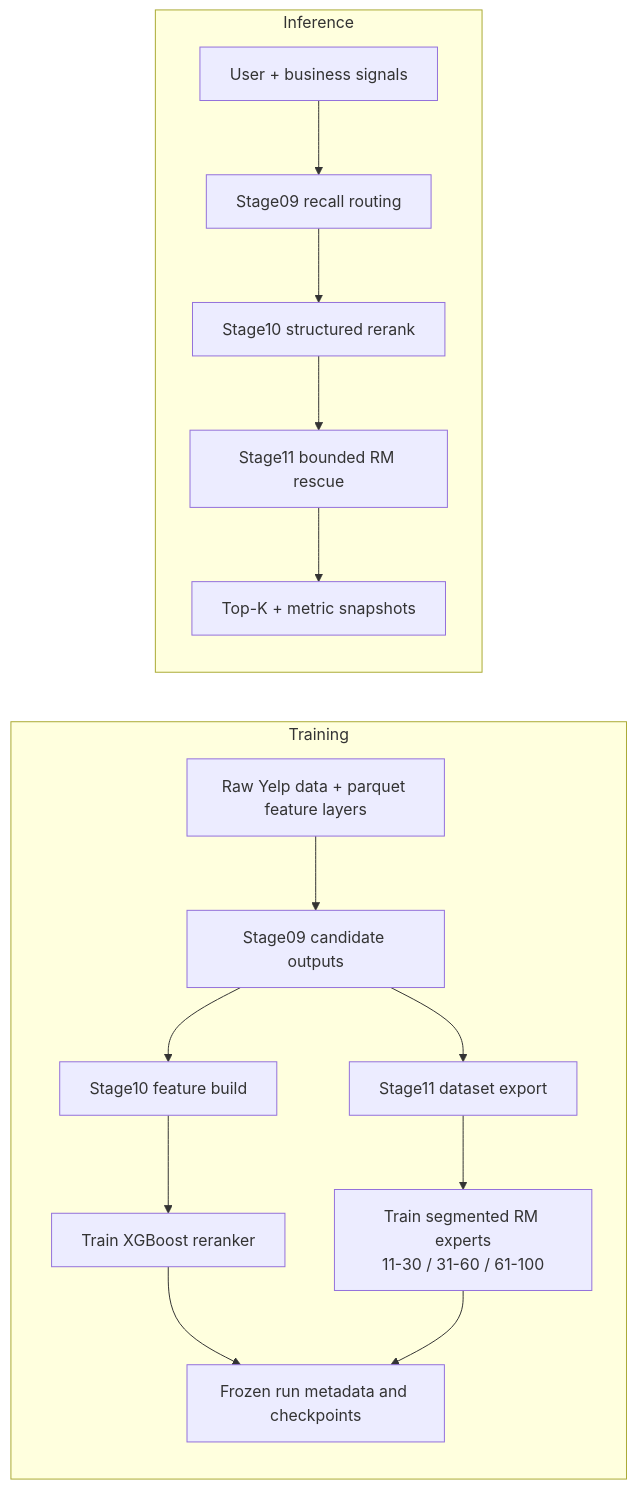
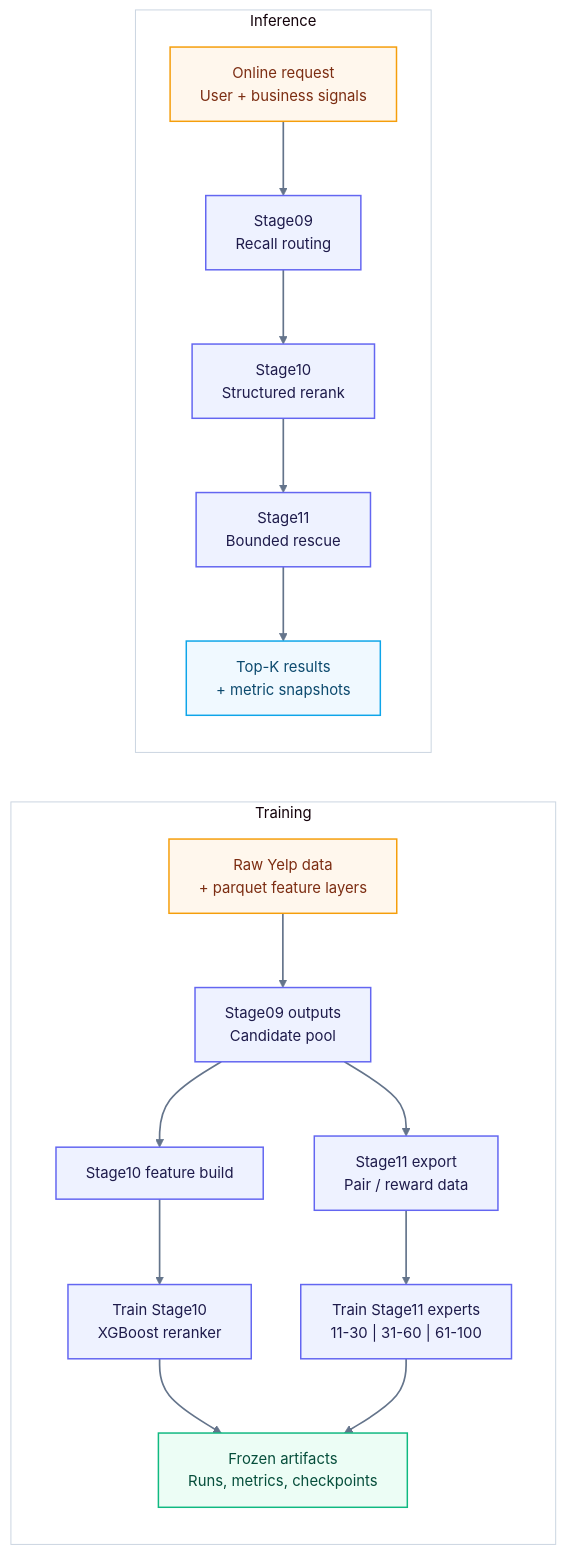
Before and after one commit to William-Huang274/Yelp-Offline-Recommendation-Pipeline: the second of 2 diagrams in README.md, drawn with Mermaid. The commit also changed other lines of this file and 1 other file, not shown here.

Commit message:
docs: polish readme architecture diagrams

````diff
--- a/README.md
+++ b/README.md
@@ -49,19 +70,43 @@
 ```mermaid
+%%{init: {'theme': 'base', 'themeVariables': {
+  'primaryColor': '#F8FAFC',
+  'primaryBorderColor': '#CBD5E1',
+  'primaryTextColor': '#0F172A',
+  'lineColor': '#475569',
+  'secondaryColor': '#EEF2FF',
+  'tertiaryColor': '#ECFDF5',
+  'clusterBkg': '#FFFFFF',
+  'clusterBorder': '#CBD5E1',
+  'fontSize': '15px'
+}}}%%
 flowchart LR
-    subgraph Training
-        D["Raw Yelp data + parquet feature layers"] --> C["Stage09 candidate outputs"]
-        C --> F["Stage10 feature build"]
-        F --> X["Train XGBoost reranker"]
-        C --> P["Stage11 dataset export"]
-        P --> Q["Train segmented RM experts<br/>11-30 / 31-60 / 61-100"]
-        X --> A["Frozen run metadata and checkpoints"]
-        Q --> A
+    classDef data fill:#FFF7ED,stroke:#F59E0B,color:#7C2D12,stroke-width:1.5px;
+    classDef stage fill:#EEF2FF,stroke:#6366F1,color:#1E1B4B,stroke-width:1.5px;
+    classDef artifact fill:#ECFDF5,stroke:#10B981,color:#064E3B,stroke-width:1.5px;
+    classDef output fill:#F0F9FF,stroke:#0EA5E9,color:#0C4A6E,stroke-width:1.5px;
+    linkStyle default stroke:#64748B,stroke-width:1.7px;
+
+    subgraph TR["Training"]
+        direction TB
+        D["Raw Yelp data<br/>+ parquet feature layers"]:::data
+        C["Stage09 outputs<br/>Candidate pool"]:::stage
+        F["Stage10 feature build"]:::stage
+        X["Train Stage10<br/>XGBoost reranker"]:::stage
+        P["Stage11 export<br/>Pair / reward data"]:::stage
+        Q["Train Stage11 experts<br/>11-30 | 31-60 | 61-100"]:::stage
+        A["Frozen artifacts<br/>Runs, metrics, checkpoints"]:::artifact
+        D --> C
+        C --> F --> X --> A
+        C --> P --> Q --> A
     end
 
-    subgraph Inference
-        I1["User + business signals"] --> I9["Stage09 recall routing"]
-        I9 --> I10["Stage10 structured rerank"]
-        I10 --> I11["Stage11 bounded RM rescue"]
-        I11 --> O["Top-K + metric snapshots"]
+    subgraph IN["Inference"]
+        direction TB
+        I1["Online request<br/>User + business signals"]:::data
+        I9["Stage09<br/>Recall routing"]:::stage
+        I10["Stage10<br/>Structured rerank"]:::stage
+        I11["Stage11<br/>Bounded rescue"]:::stage
+        O["Top-K results<br/>+ metric snapshots"]:::output
+        I1 --> I9 --> I10 --> I11 --> O
     end
 ```
````
